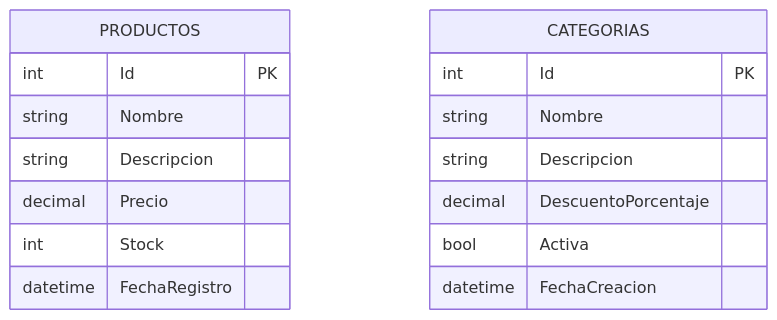
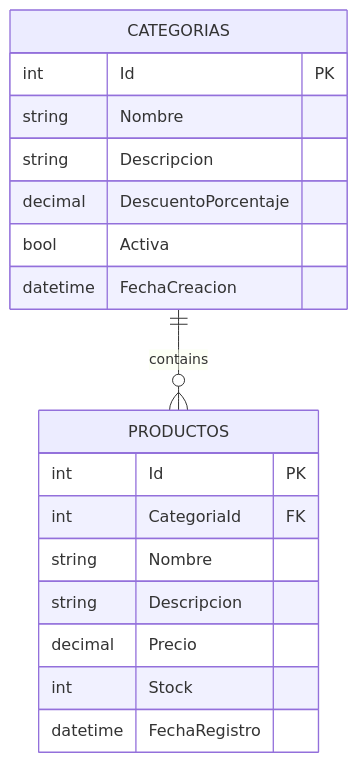
The diagram in README.md (jeffersonmejia/app-products), drawn with Mermaid before and after one commit. The commit also changed other lines of this file and 16 other files, not shown here.

````diff
--- a/README.md
+++ b/README.md
@@ -48,20 +48,23 @@
 ```mermaid
 erDiagram
     PRODUCTOS {
         int Id PK
+        int CategoriaId FK
         string Nombre
         string Descripcion
         decimal Precio
         int Stock
         datetime FechaRegistro
     }
 
     CATEGORIAS {
         int Id PK
         string Nombre
         string Descripcion
         decimal DescuentoPorcentaje
         bool Activa
         datetime FechaCreacion
     }
+
+    CATEGORIAS ||--o{ PRODUCTOS : contains
 ```
````
